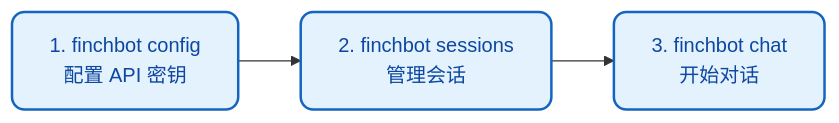
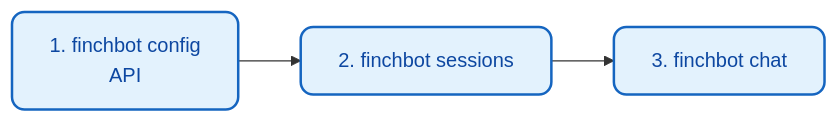
One commit to xt765/FinchBot changed the first of 3 diagrams in docs/zh-CN/guide/usage.md. Above: the diagram before and after it, drawn with Mermaid. The commit also changed other lines of this file and 17 other files, not shown here.

````diff
--- a/docs/zh-CN/guide/usage.md
+++ b/docs/zh-CN/guide/usage.md
@@ -20,7 +20,7 @@
 ```mermaid
 flowchart LR
     classDef step fill:#e3f2fd,stroke:#1565c0,stroke-width:2px,color:#0d47a1,rx:10,ry:10;
 
-    A["1. finchbot config<br/>配置 API 密钥"]:::step --> B["2. finchbot sessions<br/>管理会话"]:::step
-    B --> C["3. finchbot chat<br/>开始对话"]:::step
+    A["1. finchbot config<br/> API "]:::step --> B["2. finchbot sessions<br/>"]:::step
+    B --> C["3. finchbot chat<br/>"]:::step
 ```
````
